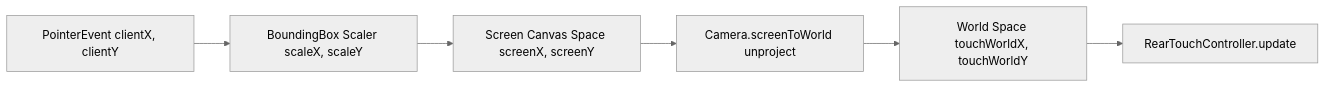
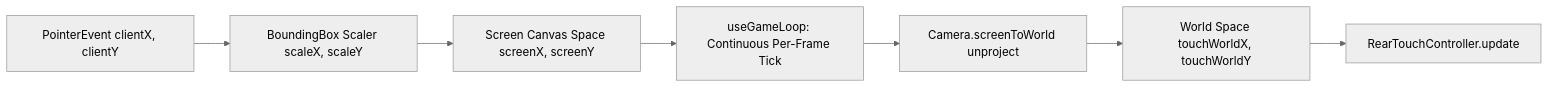
Before and after one commit to ishanmanjrekar/topdown-2d-car-engine: the diagram in docs/CONTROLS_REAR_TOUCH.md, drawn with Mermaid (neutral theme). The commit also changed other lines of this file and 27 other files, not shown here.

````diff
--- a/docs/CONTROLS_REAR_TOUCH.md
+++ b/docs/CONTROLS_REAR_TOUCH.md
@@ -102,8 +102,9 @@
 ```mermaid
 flowchart LR
     P[PointerEvent clientX, clientY] --> B[BoundingBox Scaler scaleX, scaleY]
     B --> S[Screen Canvas Space screenX, screenY]
-    S --> C[Camera.screenToWorld unproject]
+    S --> L[useGameLoop: Continuous Per-Frame Tick]
+    L --> C[Camera.screenToWorld unproject]
     C --> W[World Space touchWorldX, touchWorldY]
     W --> R[RearTouchController.update]
 ```
````
